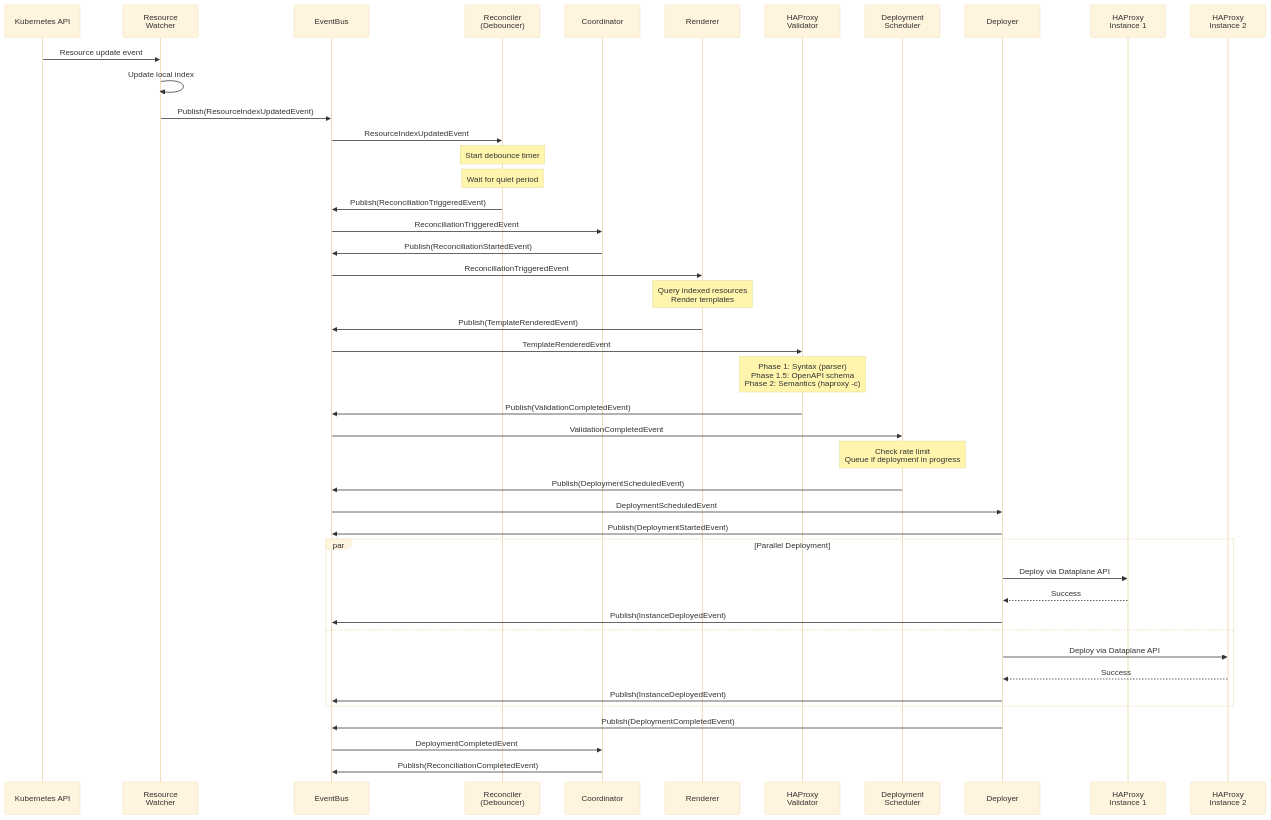
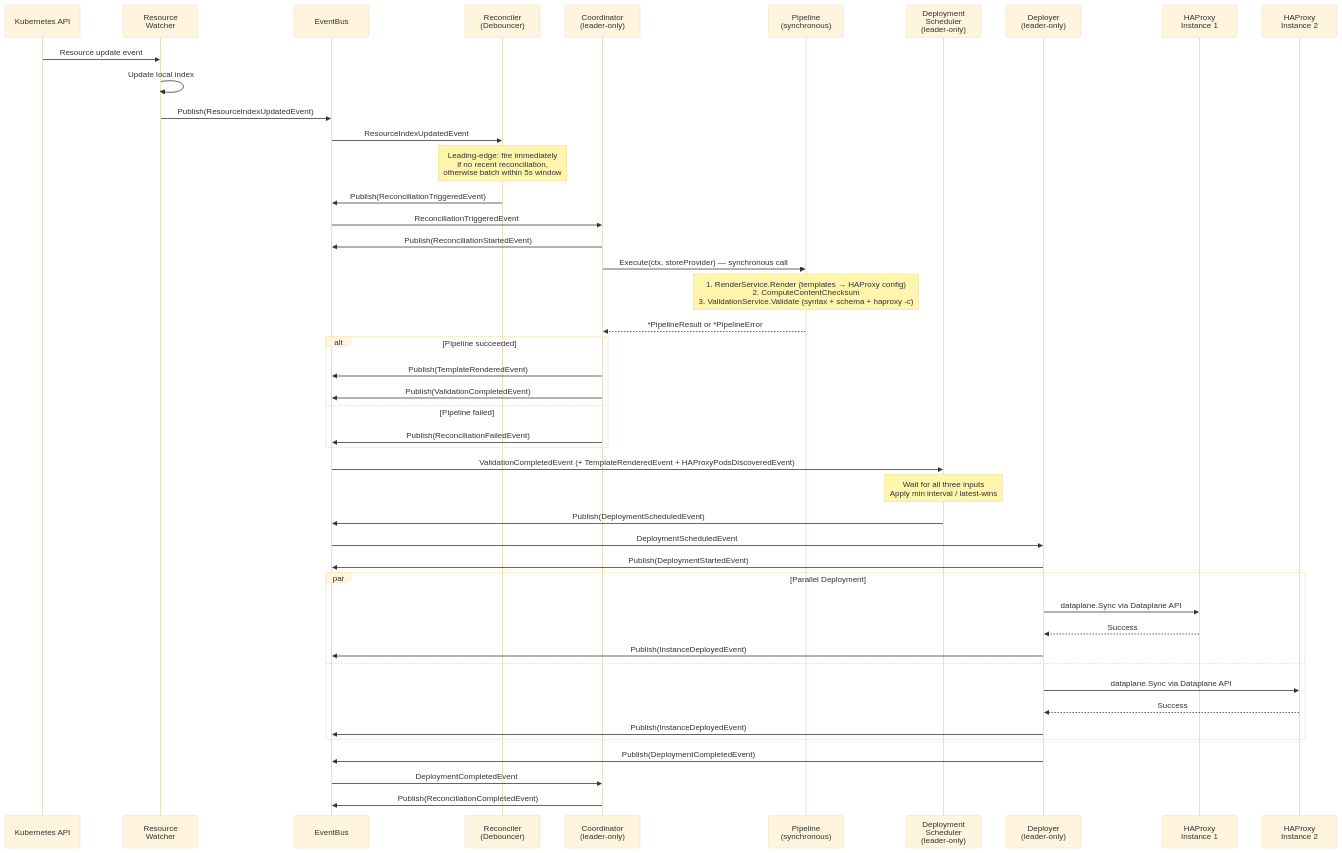
The second of 4 diagrams in docs/controller/docs/development/design/sequence-diagrams.md (HAProxy-Template-IC/haproxy-template-ingress-controller), drawn with Mermaid (base theme) before and after one commit. The commit also changed other lines of this file and 180 other files, not shown here.

````diff
--- a/docs/controller/docs/development/design/sequence-diagrams.md
+++ b/docs/controller/docs/development/design/sequence-diagrams.md
@@ -75,57 +75,57 @@
 ```mermaid
 sequenceDiagram
     participant K8S as Kubernetes API
     participant ResourceWatcher as Resource<br/>Watcher
     participant EventBus
     participant Reconciler as Reconciler<br/>(Debouncer)
-    participant Coordinator
-    participant Renderer as Renderer
-    participant Validator as HAProxy<br/>Validator
-    participant Scheduler as Deployment<br/>Scheduler
-    participant Deployer as Deployer
+    participant Coordinator as Coordinator<br/>(leader-only)
+    participant Pipeline as Pipeline<br/>(synchronous)
+    participant Scheduler as Deployment<br/>Scheduler<br/>(leader-only)
+    participant Deployer as Deployer<br/>(leader-only)
     participant HAProxy1 as HAProxy<br/>Instance 1
     participant HAProxy2 as HAProxy<br/>Instance 2
 
     K8S->>ResourceWatcher: Resource update event
     ResourceWatcher->>ResourceWatcher: Update local index
     ResourceWatcher->>EventBus: Publish(ResourceIndexUpdatedEvent)
 
     EventBus->>Reconciler: ResourceIndexUpdatedEvent
-    Note over Reconciler: Start debounce timer
-
-    Note over Reconciler: Wait for quiet period
+    Note over Reconciler: Leading-edge: fire immediately<br/>if no recent reconciliation,<br/>otherwise batch within 5s window
 
     Reconciler->>EventBus: Publish(ReconciliationTriggeredEvent)
 
     EventBus->>Coordinator: ReconciliationTriggeredEvent
     Coordinator->>EventBus: Publish(ReconciliationStartedEvent)
 
-    EventBus->>Renderer: ReconciliationTriggeredEvent
-    Note over Renderer: Query indexed resources<br/>Render templates
-    Renderer->>EventBus: Publish(TemplateRenderedEvent)
+    Coordinator->>Pipeline: Execute(ctx, storeProvider) — synchronous call
+    Note over Pipeline: 1. RenderService.Render (templates → HAProxy config)<br/>2. ComputeContentChecksum<br/>3. ValidationService.Validate (syntax + schema + haproxy -c)
+    Pipeline-->>Coordinator: *PipelineResult or *PipelineError
 
-    EventBus->>Validator: TemplateRenderedEvent
-    Note over Validator: Phase 1: Syntax (parser)<br/>Phase 1.5: OpenAPI schema<br/>Phase 2: Semantics (haproxy -c)
-    Validator->>EventBus: Publish(ValidationCompletedEvent)
+    alt Pipeline succeeded
+        Coordinator->>EventBus: Publish(TemplateRenderedEvent)
+        Coordinator->>EventBus: Publish(ValidationCompletedEvent)
+    else Pipeline failed
+        Coordinator->>EventBus: Publish(ReconciliationFailedEvent)
+    end
 
-    EventBus->>Scheduler: ValidationCompletedEvent
-    Note over Scheduler: Check rate limit<br/>Queue if deployment in progress
+    EventBus->>Scheduler: ValidationCompletedEvent (+ TemplateRenderedEvent + HAProxyPodsDiscoveredEvent)
+    Note over Scheduler: Wait for all three inputs<br/>Apply min interval / latest-wins
     Scheduler->>EventBus: Publish(DeploymentScheduledEvent)
 
     EventBus->>Deployer: DeploymentScheduledEvent
     Deployer->>EventBus: Publish(DeploymentStartedEvent)
 
     par Parallel Deployment
-        Deployer->>HAProxy1: Deploy via Dataplane API
+        Deployer->>HAProxy1: dataplane.Sync via Dataplane API
         HAProxy1-->>Deployer: Success
         Deployer->>EventBus: Publish(InstanceDeployedEvent)
     and
-        Deployer->>HAProxy2: Deploy via Dataplane API
+        Deployer->>HAProxy2: dataplane.Sync via Dataplane API
         HAProxy2-->>Deployer: Success
         Deployer->>EventBus: Publish(InstanceDeployedEvent)
     end
 
     Deployer->>EventBus: Publish(DeploymentCompletedEvent)
     EventBus->>Coordinator: DeploymentCompletedEvent
     Coordinator->>EventBus: Publish(ReconciliationCompletedEvent)
 ```
````
